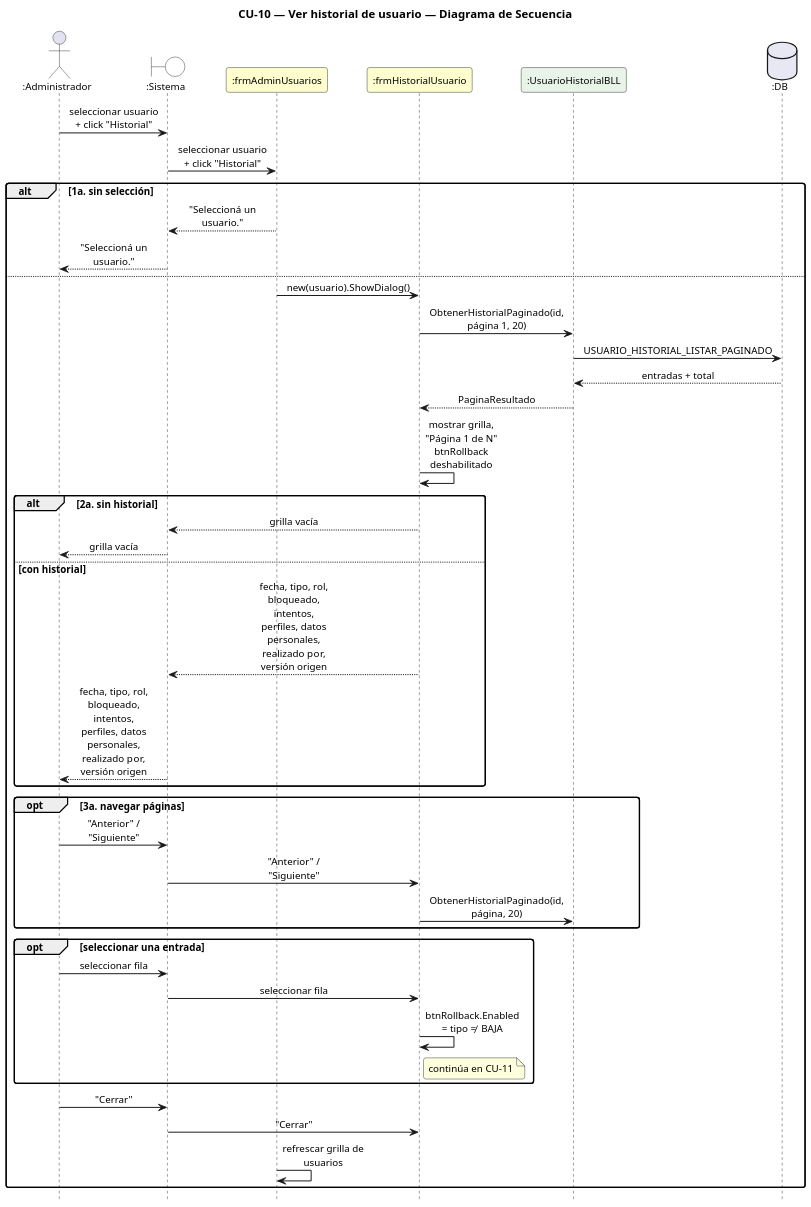
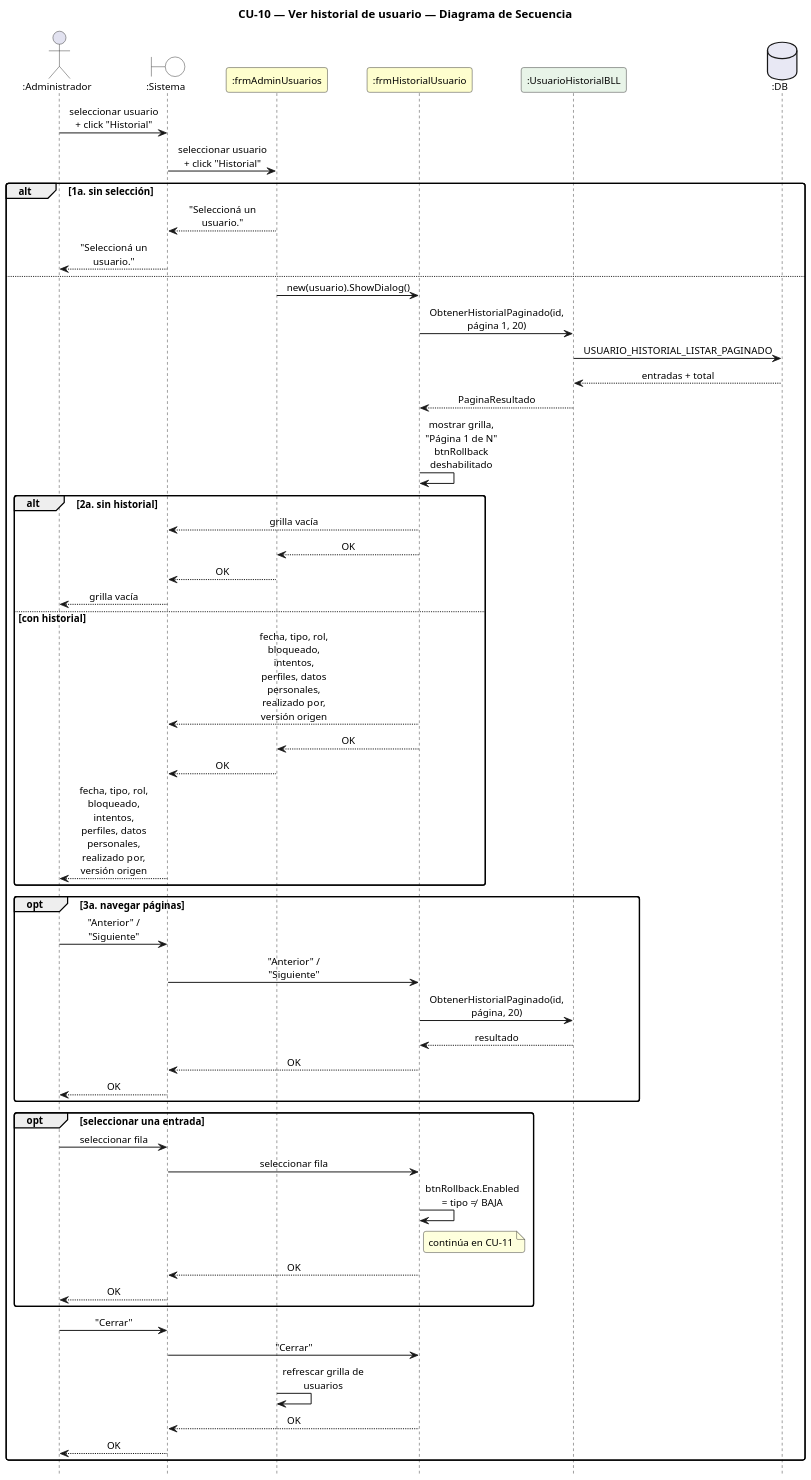
The diagram in DIAGRAMAS/DiagramaSecuencia_CU10_VerHistorial.puml (Urrels/ingenieria_software), drawn with PlantUML before and after one commit. The commit also changed 104 other files, not shown here.

First line of the commit message:
Instalador en un clic, retornos en los diagramas y CU separados en alta/baja/modificación

```diff
--- a/DIAGRAMAS/DiagramaSecuencia_CU10_VerHistorial.puml
+++ b/DIAGRAMAS/DiagramaSecuencia_CU10_VerHistorial.puml
@@ -1,58 +1,69 @@
 @startuml DiagramaSecuencia_CU10_VerHistorial
 
 title CU-10 — Ver historial de usuario — Diagrama de Secuencia
 
 skinparam shadowing false
 skinparam roundcorner 6
 skinparam sequenceArrowThickness 1.2
 skinparam ParticipantPadding 6
 skinparam BoxPadding 4
 skinparam maxMessageSize 115
 skinparam sequenceMessageAlign center
 skinparam defaultFontSize 12
 skinparam dpi 140
 hide footbox
 
 actor ":Administrador" as A
 boundary ":Sistema" as SYS #FFFFFF
 participant ":frmAdminUsuarios" as F #FEFECE
 participant ":frmHistorialUsuario" as H #FEFECE
 participant ":UsuarioHistorialBLL" as HB #E8F4E8
 database ":DB" as DB #E8E8F4
 
 A -> SYS : seleccionar usuario + click "Historial"
 SYS -> F : seleccionar usuario + click "Historial"
 alt 1a. sin selección
   F --> SYS : "Seleccioná un usuario."
   SYS --> A : "Seleccioná un usuario."
 else
   F -> H : new(usuario).ShowDialog()
   H -> HB : ObtenerHistorialPaginado(id, página 1, 20)
   HB -> DB : USUARIO_HISTORIAL_LISTAR_PAGINADO
   DB --> HB : entradas + total
   HB --> H : PaginaResultado
   H -> H : mostrar grilla, "Página 1 de N"\nbtnRollback deshabilitado
   alt 2a. sin historial
     H --> SYS : grilla vacía
+    H --> F : OK
+    F --> SYS : OK
     SYS --> A : grilla vacía
   else con historial
     H --> SYS : fecha, tipo, rol, bloqueado, intentos,\nperfiles, datos personales, realizado por,\nversión origen
+    H --> F : OK
+    F --> SYS : OK
     SYS --> A : fecha, tipo, rol, bloqueado, intentos,\nperfiles, datos personales, realizado por,\nversión origen
   end
   opt 3a. navegar páginas
     A -> SYS : "Anterior" / "Siguiente"
     SYS -> H : "Anterior" / "Siguiente"
     H -> HB : ObtenerHistorialPaginado(id, página, 20)
+    HB --> H : resultado
+    H --> SYS : OK
+    SYS --> A : OK
   end
   opt seleccionar una entrada
     A -> SYS : seleccionar fila
     SYS -> H : seleccionar fila
     H -> H : btnRollback.Enabled = tipo ≠ BAJA
     note right of H : continúa en CU-11
+    H --> SYS : OK
+    SYS --> A : OK
   end
   A -> SYS : "Cerrar"
   SYS -> H : "Cerrar"
   F -> F : refrescar grilla de usuarios
+  H --> SYS : OK
+  SYS --> A : OK
 end
 
 @enduml
```
